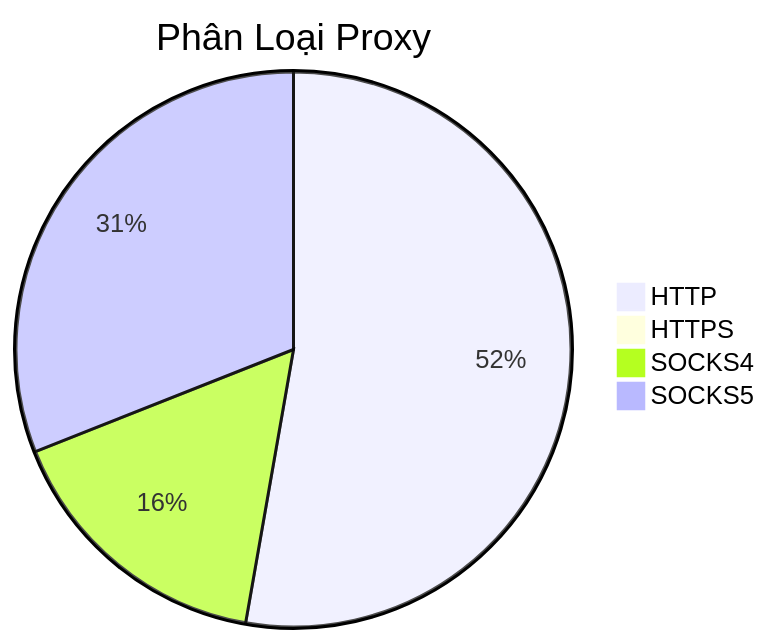
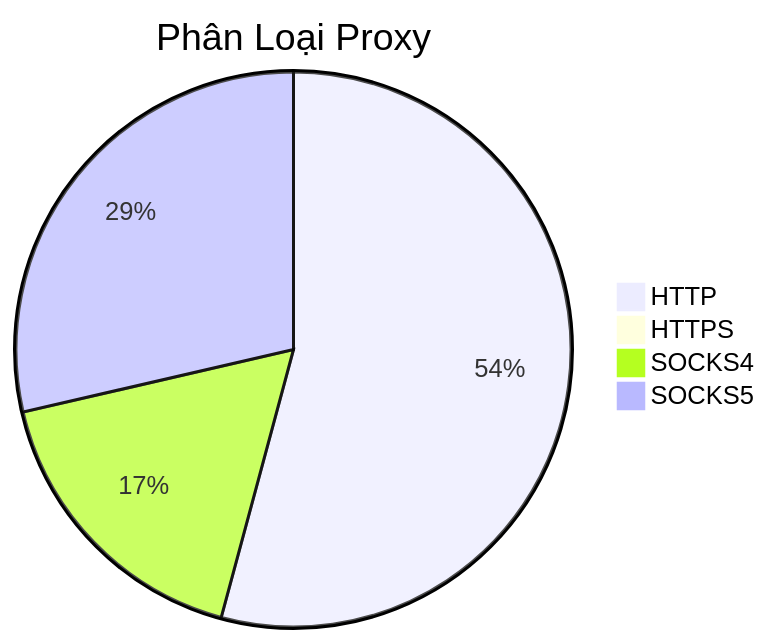
Before and after one commit to Ciara-12/PROXY-free: the diagram in README.md, drawn with Mermaid. The commit also changed other lines of this file and 4 other files, not shown here.

````diff
--- a/README.md
+++ b/README.md
@@ -26,7 +26,7 @@
 ```mermaid
 pie title Phân Loại Proxy
-    "HTTP" : 526
-    "HTTPS" : 5
-    "SOCKS4" : 162
-    "SOCKS5" : 309
+    "HTTP" : 659
+    "HTTPS" : 2
+    "SOCKS4" : 209
+    "SOCKS5" : 348
 ```
````
